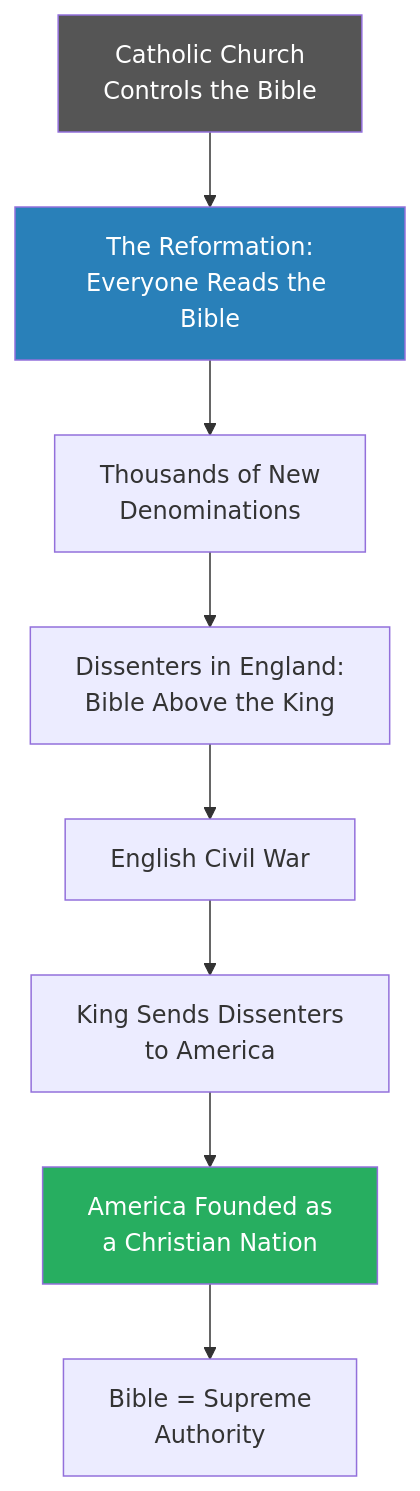
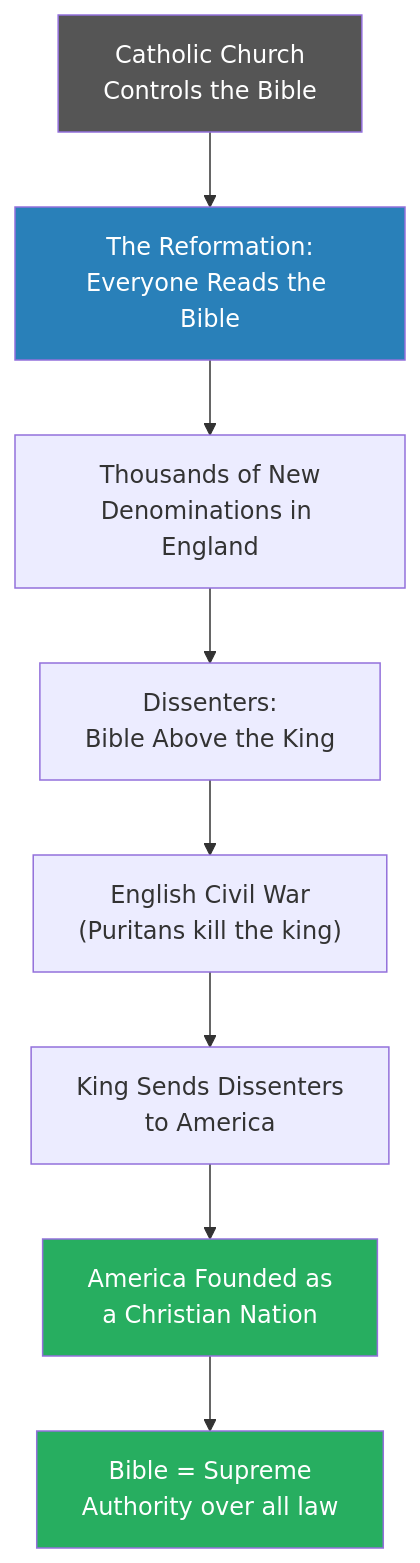
One commit to alius33/reader changed the third of 9 diagrams in summaries/Lectures/Geo-Strategy/02 - Christian Zionism and the Middle East Conflict.md. Above: the diagram before and after it, drawn with Mermaid. The commit also changed other lines of this file and 26 other files, not shown here.

````diff
--- a/summaries/Lectures/Geo-Strategy/02 - Christian Zionism and the Middle East Conflict.md
+++ b/summaries/Lectures/Geo-Strategy/02 - Christian Zionism and the Middle East Conflict.md
@@ -157,13 +142,14 @@
 ```mermaid
 flowchart TB
     A["Catholic Church<br/>Controls the Bible"] --> B["The Reformation:<br/>Everyone Reads the Bible"]
-    B --> C["Thousands of New<br/>Denominations"]
-    C --> D["Dissenters in England:<br/>Bible Above the King"]
-    D --> E["English Civil War"]
+    B --> C["Thousands of New<br/>Denominations in England"]
+    C --> D["Dissenters:<br/>Bible Above the King"]
+    D --> E["English Civil War<br/>(Puritans kill the king)"]
     E --> F["King Sends Dissenters<br/>to America"]
     F --> G["America Founded as<br/>a Christian Nation"]
-    G --> H["Bible = Supreme<br/>Authority"]
+    G --> H["Bible = Supreme<br/>Authority over all law"]
     style A fill:#555,color:#fff
     style B fill:#2980b9,color:#fff
     style G fill:#27ae60,color:#fff
+    style H fill:#27ae60,color:#fff
 ```
````
